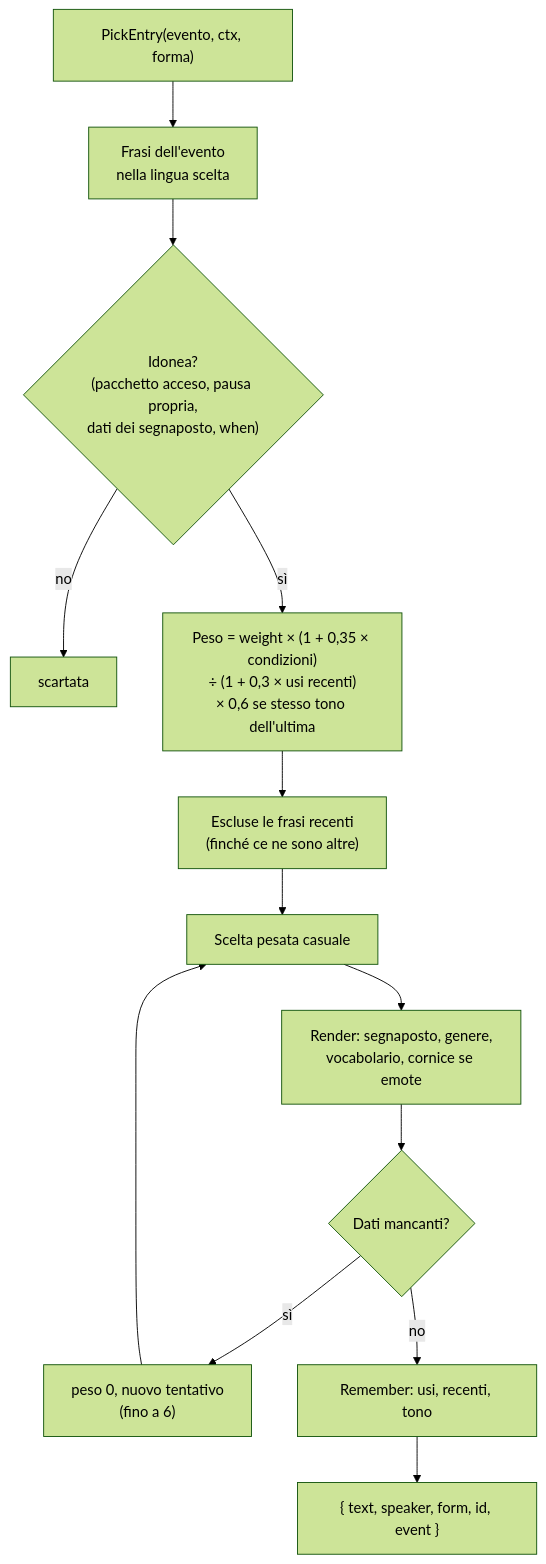
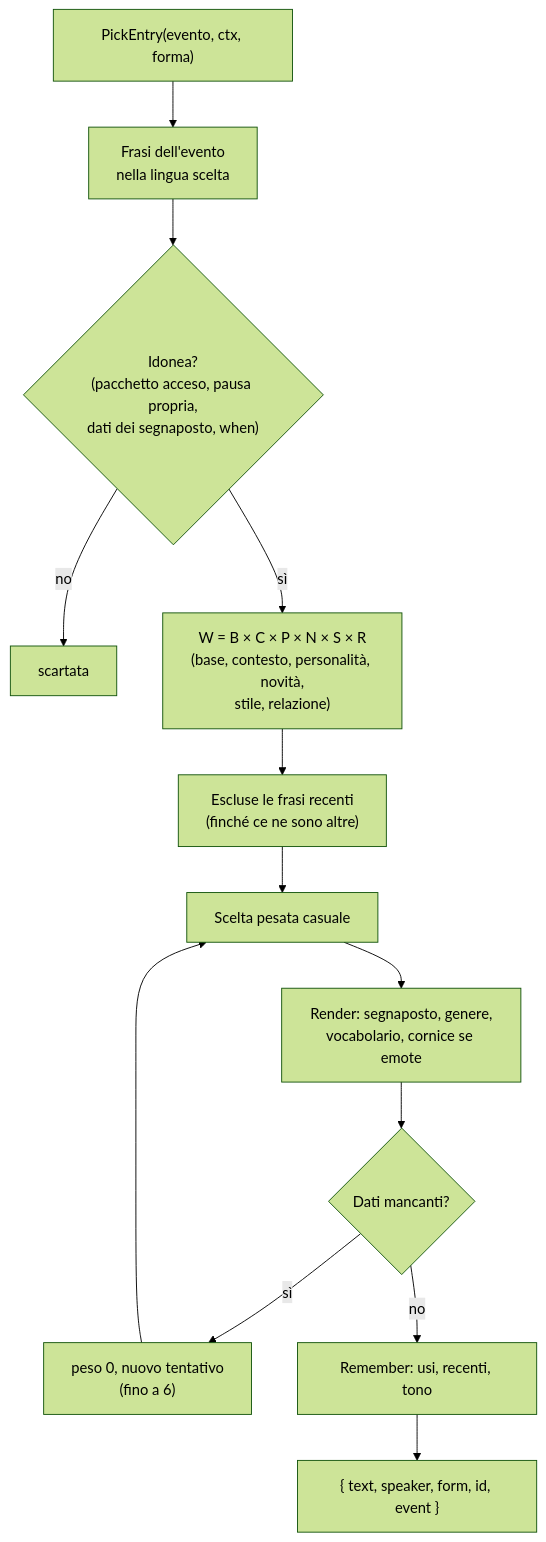
Before and after one commit to Finland6738/azeroth-unspoken: the fourth of 6 diagrams in docs/ARCHITETTURA.md, drawn with Mermaid (forest theme). The commit also changed other lines of this file and 22 other files, not shown here.

````diff
--- a/docs/ARCHITETTURA.md
+++ b/docs/ARCHITETTURA.md
@@ -174,15 +215,15 @@
 ```mermaid
 flowchart TD
     A["PickEntry(evento, ctx, forma)"] --> B["Frasi dell'evento<br/>nella lingua scelta"]
     B --> C{"Idonea?<br/>(pacchetto acceso, pausa propria,<br/>dati dei segnaposto, when)"}
     C -- no --> X["scartata"]
-    C -- sì --> D["Peso = weight × (1 + 0,35 × condizioni)<br/>÷ (1 + 0,3 × usi recenti)<br/>× 0,6 se stesso tono dell'ultima"]
+    C -- sì --> D["W = B × C × P × N × S × R<br/>(base, contesto, personalità, novità,<br/>stile, relazione)"]
     D --> E["Escluse le frasi recenti<br/>(finché ce ne sono altre)"]
     E --> F["Scelta pesata casuale"]
     F --> G["Render: segnaposto, genere,<br/>vocabolario, cornice se emote"]
     G --> H{"Dati mancanti?"}
     H -- sì --> I["peso 0, nuovo tentativo<br/>(fino a 6)"]
     I --> F
     H -- no --> J["Remember: usi, recenti, tono"]
     J --> K["{ text, speaker, form, id, event }"]
 ```
````
